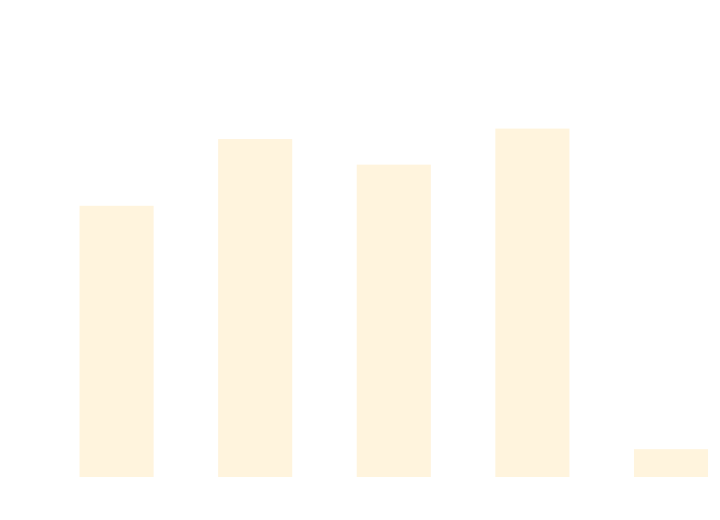
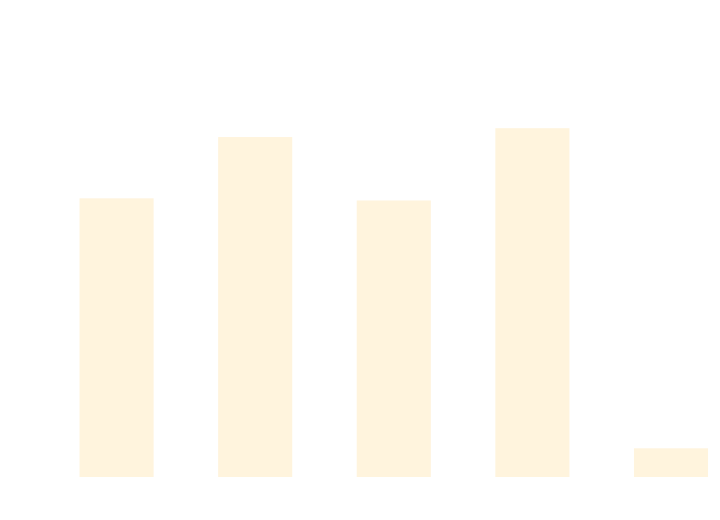
Before and after one commit to thomhurst/TUnit: the diagram in docs/docs/benchmarks/ScaleTests.md, drawn with Mermaid. The commit also changed other lines of this file and 17 other files, not shown here.

````diff
--- a/docs/docs/benchmarks/ScaleTests.md
+++ b/docs/docs/benchmarks/ScaleTests.md
@@ -27,37 +27,37 @@
 ```mermaid
 %%{init: {
   'theme':'base',
   'themeVariables': {
     'primaryColor': '#2563eb',
     'primaryTextColor': '#ffffff',
     'primaryBorderColor': '#1e40af',
     'lineColor': '#6b7280',
     'secondaryColor': '#7c3aed',
     'tertiaryColor': '#dc2626',
     'background': '#ffffff',
     'mainBkg': '#2563eb',
     'secondBkg': '#7c3aed',
     'tertiaryBkg': '#dc2626',
     'clusterBkg': '#f3f4f6',
     'edgeLabelBackground': '#ffffff',
     'tertiaryTextColor': '#1f2937',
     'pie1': '#2563eb',
     'pie2': '#7c3aed',
     'pie3': '#dc2626',
     'pie4': '#f59e0b',
     'pie5': '#10b981',
     'pie6': '#06b6d4',
     'pie7': '#ec4899',
     'pie8': '#6366f1',
     'pie9': '#84cc16',
     'pie10': '#f97316',
     'pie11': '#14b8a6',
     'pie12': '#a855f7'
   }
 }}%%
 xychart-beta
   title "ScaleTests Performance Comparison"
   x-axis ["TUnit", "NUnit", "MSTest", "xUnit3", "TUnit_AOT"]
-  y-axis "Time (ms)" 0 --> 741
-  bar [476.89, 597.73, 551.41, 616.73, 35.91]
+  y-axis "Time (ms)" 0 --> 718
+  bar [475.17, 582.74, 471.38, 598.28, 36.35]
 ```
````
